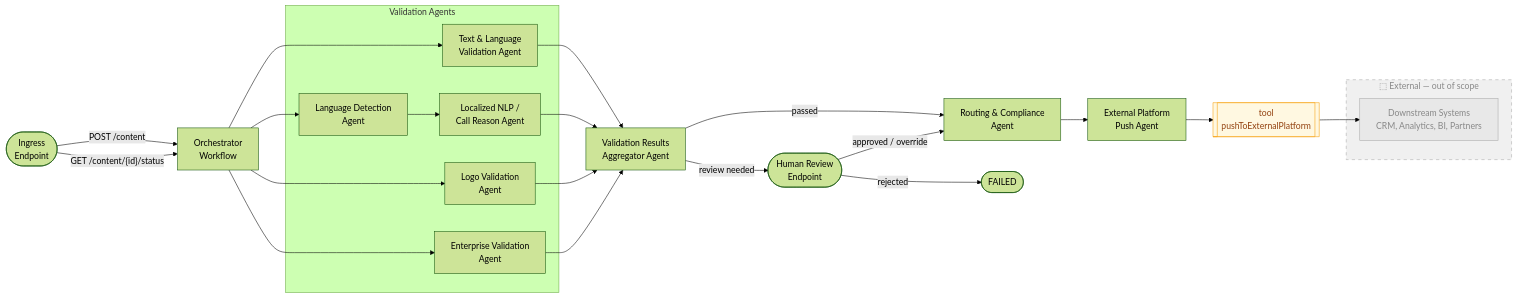
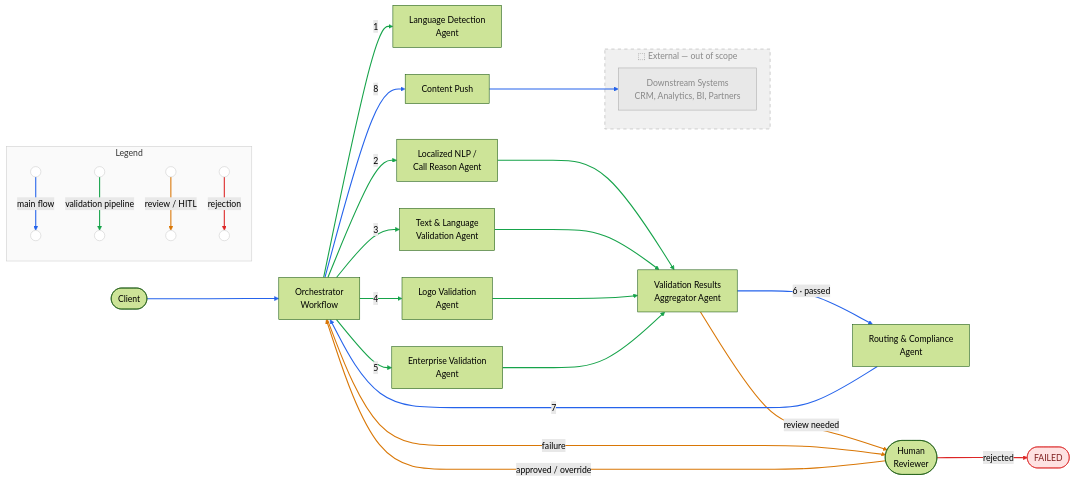
Before and after one commit to aklikic/content-validation: the first of 3 diagrams in docs/SPEC.md, drawn with Mermaid (forest theme). The commit also changed other lines of this file, not shown here.

````diff
--- a/docs/SPEC.md
+++ b/docs/SPEC.md
@@ -7,45 +7,74 @@
 ```mermaid
 flowchart LR
-    INP([Ingress\nEndpoint])
+    CLIENT([Client])
     OW[Orchestrator\nWorkflow]
 
-    subgraph Validation Agents
-        LD[Language Detection\nAgent]
-        TLV[Text & Language\nValidation Agent]
-        LNP[Localized NLP /\nCall Reason Agent]
-        LVA[Logo Validation\nAgent]
-        EVA[Enterprise Validation\nAgent]
-    end
+    LD[Language Detection\nAgent]
+    LNP[Localized NLP /\nCall Reason Agent]
+    TLV[Text & Language\nValidation Agent]
+    LVA[Logo Validation\nAgent]
+    EVA[Enterprise Validation\nAgent]
 
     AGG[Validation Results\nAggregator Agent]
-    HITL([Human Review\nEndpoint])
     RCA[Routing & Compliance\nAgent]
-    EPA[External Platform\nPush Agent]
+    PUSH[Content Push]
+    HR([Human\nReviewer])
 
     subgraph ext ["⬚ External — out of scope"]
         DS[Downstream Systems\nCRM, Analytics, BI, Partners]
     end
 
-    INP -- "POST /content" --> OW
-    INP -- "GET /content/{id}/status" --> OW
-    OW --> LD
-    OW --> TLV
-    OW --> LVA
-    OW --> EVA
-    LD --> LNP
+    CLIENT --> OW
+    OW -- "1" --> LD
+    OW -- "2" --> LNP
+    OW -- "3" --> TLV
+    OW -- "4" --> LVA
+    OW -- "5" --> EVA
+    LNP --> AGG
     TLV --> AGG
-    LNP --> AGG
     LVA --> AGG
     EVA --> AGG
-    AGG -- "passed" --> RCA
-    AGG -- "review needed" --> HITL
-    HITL -- "approved / override" --> RCA
-    HITL -- "rejected" --> FAILED([FAILED])
-    RCA --> EPA
-    EPA --> TOOL[["tool\npushToExternalPlatform"]]
-    TOOL --> DS
+    AGG -- "6 · passed" --> RCA
+    AGG -- "review needed" --> HR
+    OW -- "failure" --> HR
+    HR -- "approved / override" --> OW
+    HR -- "rejected" --> FAILED([FAILED])
+    RCA -- "7" --> OW
+    OW -- "8" --> PUSH --> DS
+
+    subgraph legend [Legend]
+        direction TB
+        L1(("·")) -- "main flow" --> L2(("·"))
+        L3(("·")) -- "validation pipeline" --> L4(("·"))
+        L5(("·")) -- "review / HITL" --> L6(("·"))
+        L7(("·")) -- "rejection" --> L8(("·"))
+    end
+
+    %% main flow — blue
+    linkStyle 0,10,15,16,17 stroke:#2563eb,stroke-width:2px
+    %% validation pipeline — green
+    linkStyle 1,2,3,4,5,6,7,8,9 stroke:#16a34a,stroke-width:2px
+    %% review / HITL — amber
+    linkStyle 11,12,13 stroke:#d97706,stroke-width:2px
+    %% rejection — red
+    linkStyle 14 stroke:#dc2626,stroke-width:2px
+    %% legend links
+    linkStyle 18 stroke:#2563eb,stroke-width:2px
+    linkStyle 19 stroke:#16a34a,stroke-width:2px
+    linkStyle 20 stroke:#d97706,stroke-width:2px
+    linkStyle 21 stroke:#dc2626,stroke-width:2px
+
+    style L1 fill:#fff,stroke:#ccc,color:#fff
+    style L2 fill:#fff,stroke:#ccc,color:#fff
+    style L3 fill:#fff,stroke:#ccc,color:#fff
+    style L4 fill:#fff,stroke:#ccc,color:#fff
+    style L5 fill:#fff,stroke:#ccc,color:#fff
+    style L6 fill:#fff,stroke:#ccc,color:#fff
+    style L7 fill:#fff,stroke:#ccc,color:#fff
+    style L8 fill:#fff,stroke:#ccc,color:#fff
+    style legend fill:#fafafa,stroke:#ccc
 
     style ext fill:#f0f0f0,stroke:#aaa,stroke-dasharray:6,color:#888
     style DS fill:#e8e8e8,stroke:#aaa,color:#888
-    style TOOL fill:#fff8e1,stroke:#f59e0b,color:#92400e
+    style FAILED fill:#fee2e2,stroke:#dc2626,color:#7f1d1d
 ```
````
